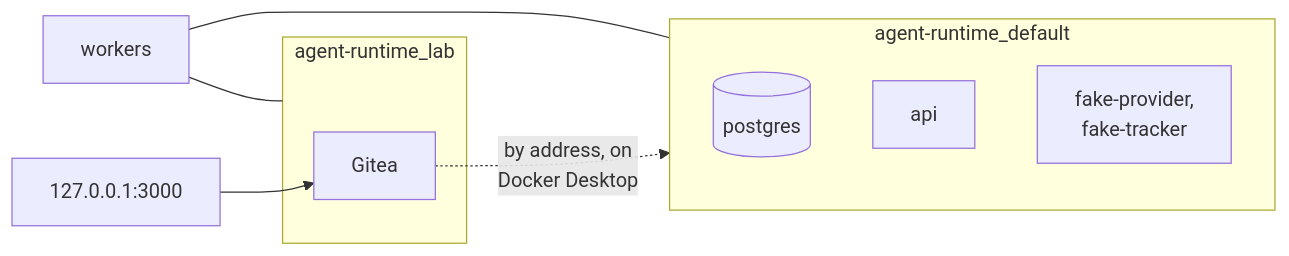
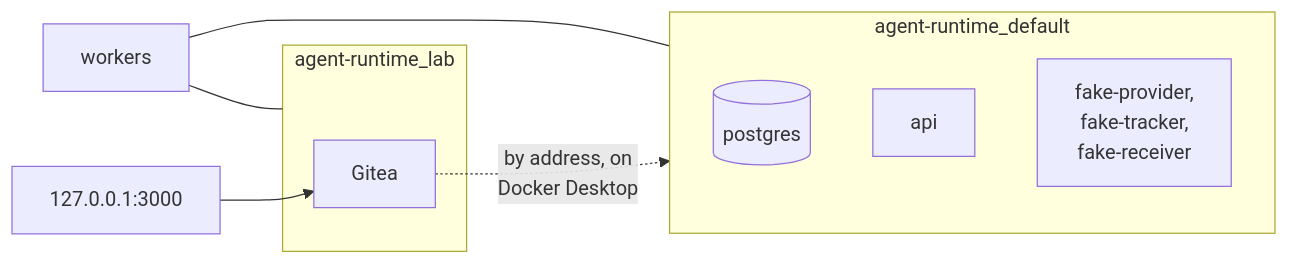
One commit to sindredg/agent-runtime changed the second of 2 diagrams in docs/lab-demo.md. Above: the diagram before and after it, drawn with Mermaid. The commit also changed 19 other files, not shown here.

````diff
--- a/docs/lab-demo.md
+++ b/docs/lab-demo.md
@@ -82,15 +82,15 @@
 ```mermaid
 flowchart LR
     subgraph stack[agent-runtime_default]
         PG[(postgres)]
         API[api]
-        FK[fake-provider,<br/>fake-tracker]
+        FK[fake-provider,<br/>fake-tracker,<br/>fake-receiver]
     end
     subgraph labnet[agent-runtime_lab]
         G[Gitea]
     end
     W[workers] --- stack
     W --- labnet
     H[127.0.0.1:3000] --> G
     G -.->|by address, on<br/>Docker Desktop| stack
 ```
````
